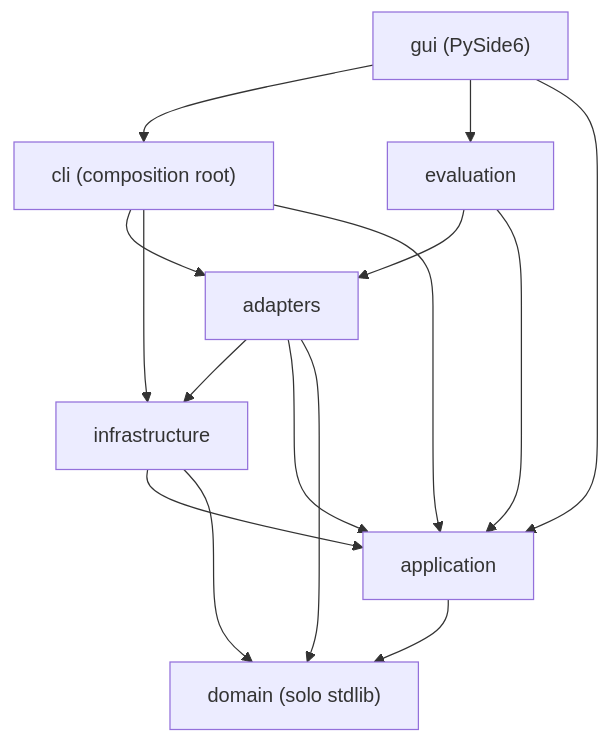
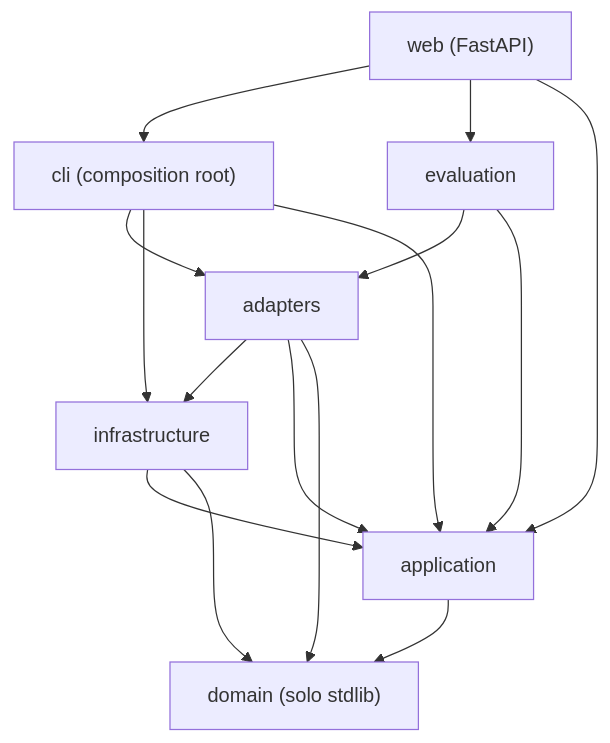
One commit to sergiopon/lectorPlacas changed the first of 2 diagrams in ARQUITECTURA.md. Above: the diagram before and after it, drawn with Mermaid. The commit also changed other lines of this file and 4 other files, not shown here.

Commit message:
docs: GUI PySide6 retirada (spec 073): ARQUITECTURA, SEG-27, ADR-015/016, RF-36

````diff
--- a/ARQUITECTURA.md
+++ b/ARQUITECTURA.md
@@ -45,18 +43,18 @@
 ```mermaid
 flowchart TB
-    gui["gui (PySide6)"] --> cli
-    gui --> evaluation
-    gui --> application
+    web["web (FastAPI)"] --> cli
+    web --> evaluation
+    web --> application
     cli["cli (composition root)"] --> adapters
     cli --> infrastructure
     cli --> application
     evaluation --> adapters
     evaluation --> application
     adapters --> infrastructure
     adapters --> application
     adapters --> domain
     infrastructure --> application
     infrastructure --> domain
     application --> domain
     domain["domain (solo stdlib)"]
 ```
````
